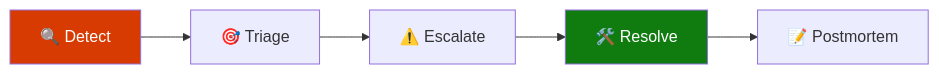
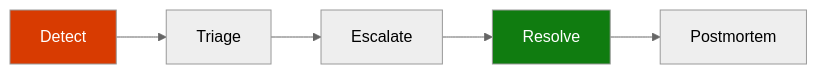
One commit to jonathan-vella/apex changed the first of 5 diagrams in site/src/content/docs/demo/08-as-built/runbook.md. Above: the diagram before and after it, drawn with Mermaid. The commit also changed other lines of this file and 85 other files, not shown here.

First line of the commit message:
feat(site): overhaul demo content, add JSON schemas, and update scripts (#323)

````diff
--- a/site/src/content/docs/demo/08-as-built/runbook.md
+++ b/site/src/content/docs/demo/08-as-built/runbook.md
@@ -94,9 +78,10 @@
 ```mermaid
+%%{init: {'theme':'neutral'}}%%
 flowchart LR
-    D["🔍 Detect"] --> T["🎯 Triage"]
-    T --> E["⚠️ Escalate"]
-    E --> R["🛠️ Resolve"]
-    R --> P["📝 Postmortem"]
+    D["Detect"] --> T["Triage"]
+    T --> E["Escalate"]
+    E --> R["Resolve"]
+    R --> P["Postmortem"]
     style D fill:#D83B01,color:#fff
     style R fill:#107C10,color:#fff
 ```
````
